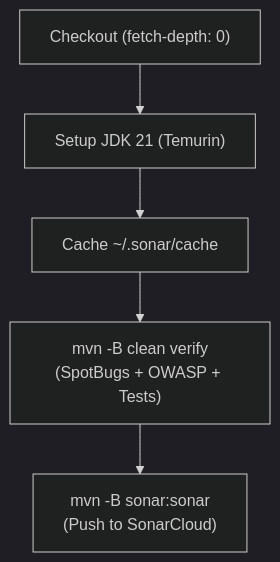
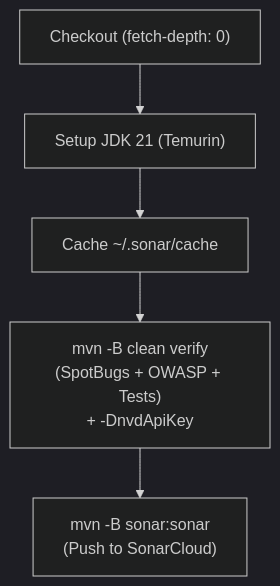
Before and after one commit to C0ngHung/conghung-commons: the second of 4 diagrams in document/v2-devsecops-implementation-plan.md, drawn with Mermaid (dark theme). The commit also changed other lines of this file and 3 other files, not shown here.

````diff
--- a/document/v2-devsecops-implementation-plan.md
+++ b/document/v2-devsecops-implementation-plan.md
@@ -166,7 +182,7 @@
 ```mermaid
 flowchart TB
     Checkout["Checkout (fetch-depth: 0)"] --> SetupJDK["Setup JDK 21 (Temurin)"]
     SetupJDK --> CacheSonar["Cache ~/.sonar/cache"]
-    CacheSonar --> Build["mvn -B clean verify\n(SpotBugs + OWASP + Tests)"]
+    CacheSonar --> Build["mvn -B clean verify\n(SpotBugs + OWASP + Tests)\n+ -DnvdApiKey"]
     Build --> Sonar["mvn -B sonar:sonar\n(Push to SonarCloud)"]
 ```
````
